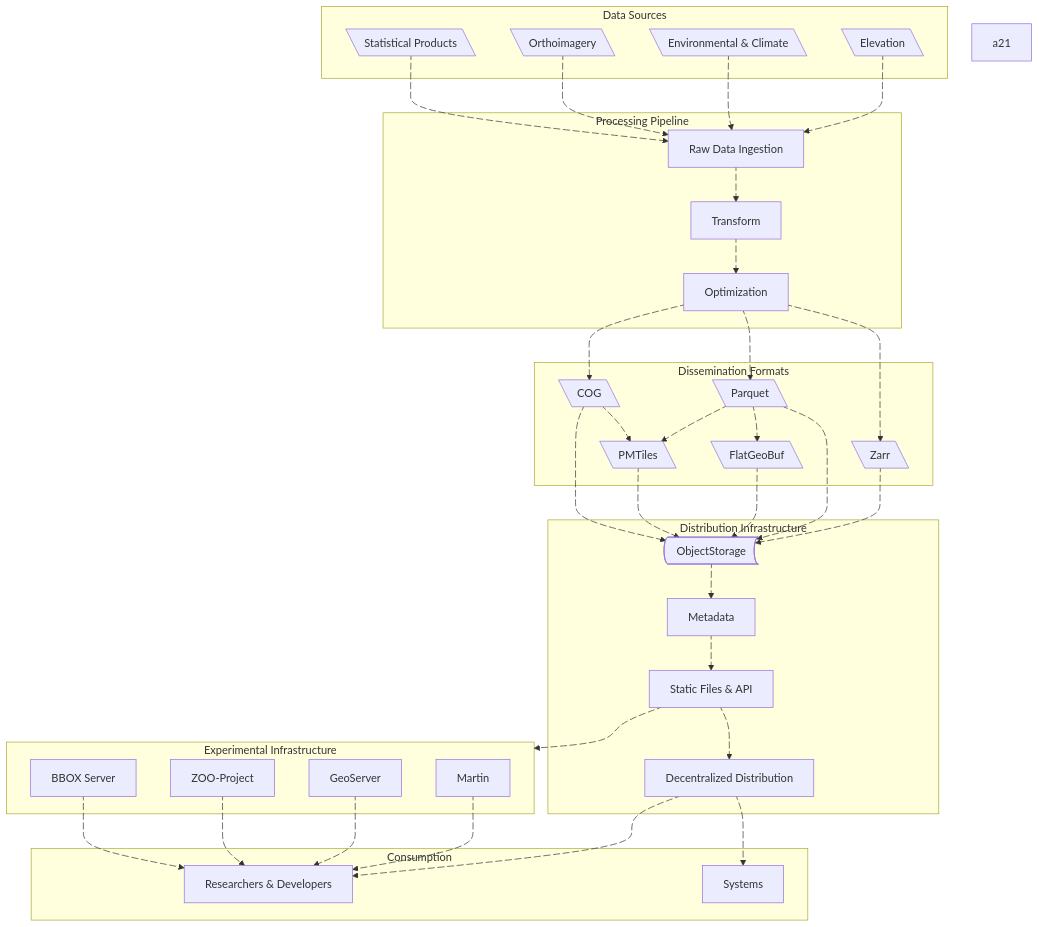
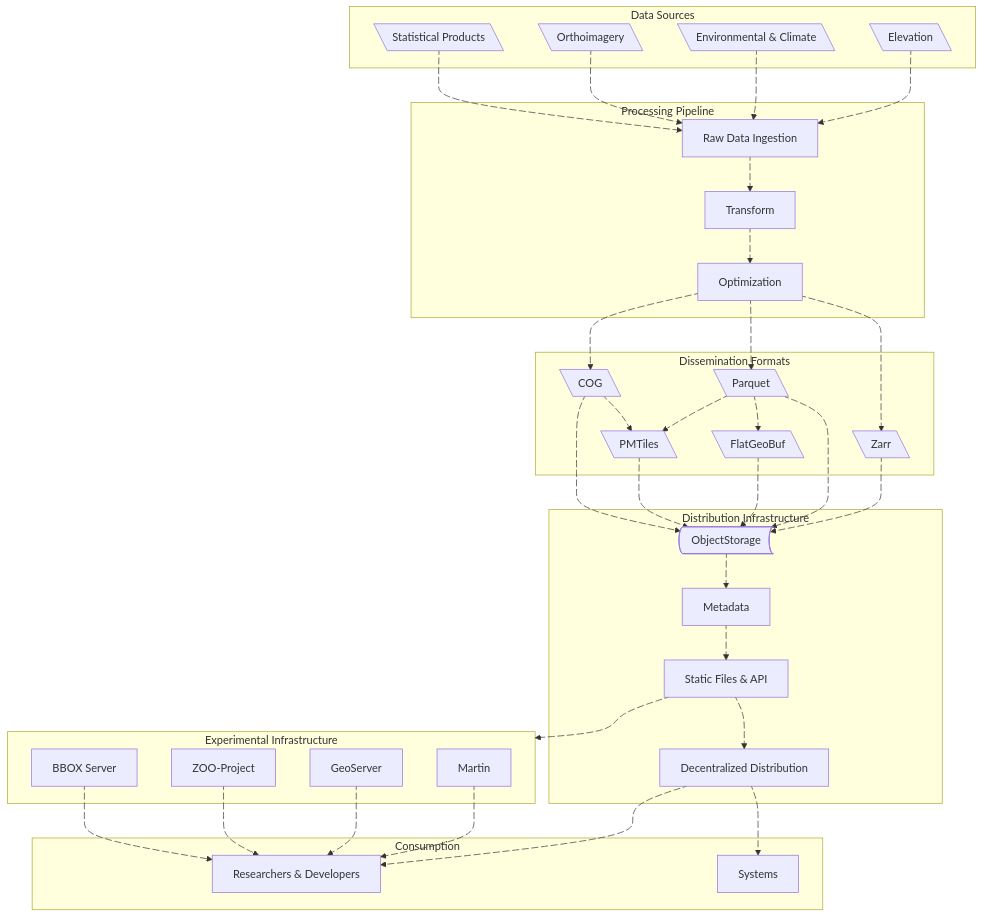
The diagram in content/_index.md (dataforcanada/www.dataforcanada.org), drawn with Mermaid before and after one commit.

Commit message:
Fix mistake on homepage diagram

```diff
--- a/content/_index.md
+++ b/content/_index.md
@@ -105,7 +105,6 @@
     a16@{animate: true, animation: slow}
     HTTP a17@--> DecentralizedDistribution
     a17@{animate: true, animation: slow}
-    a21@{animate: true, animation: slow}
     DecentralizedDistribution a22@--> Systems
     a22@{animate: true, animation: fast}
     DecentralizedDistribution a23@--> DataSci
```
